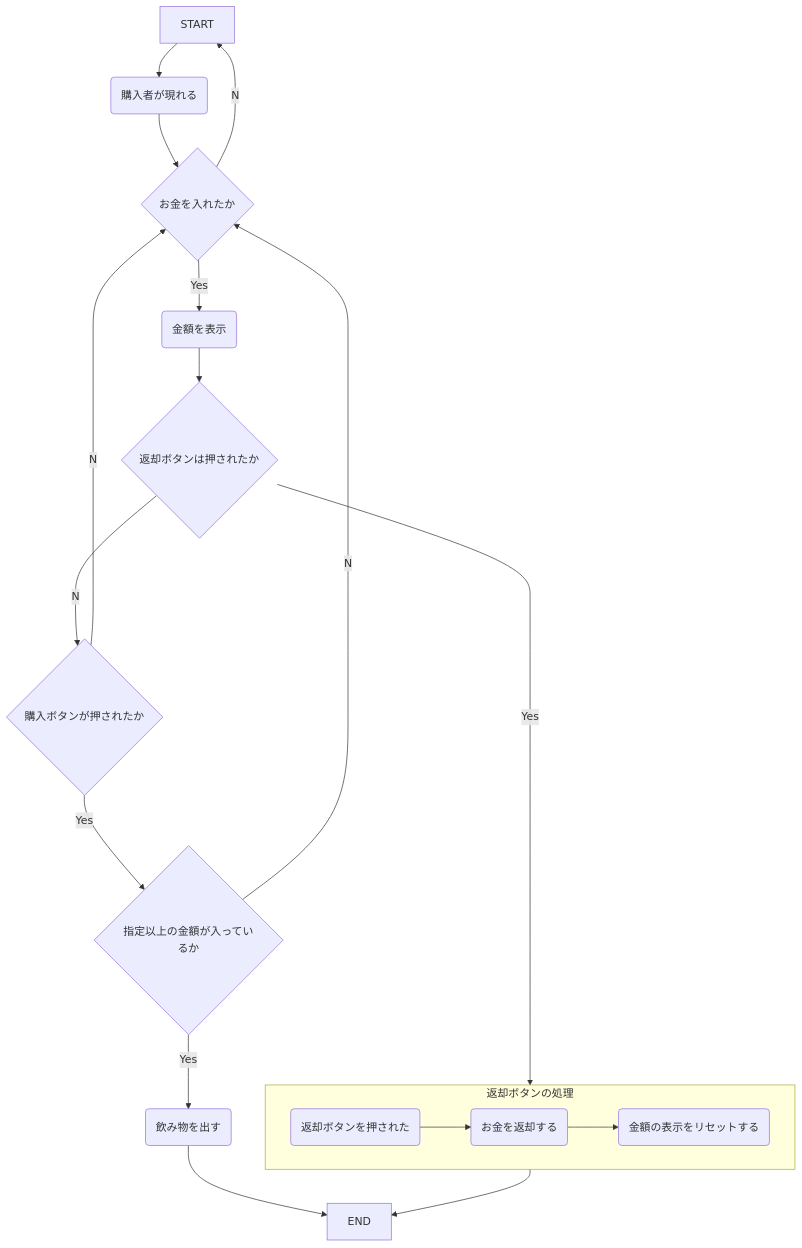
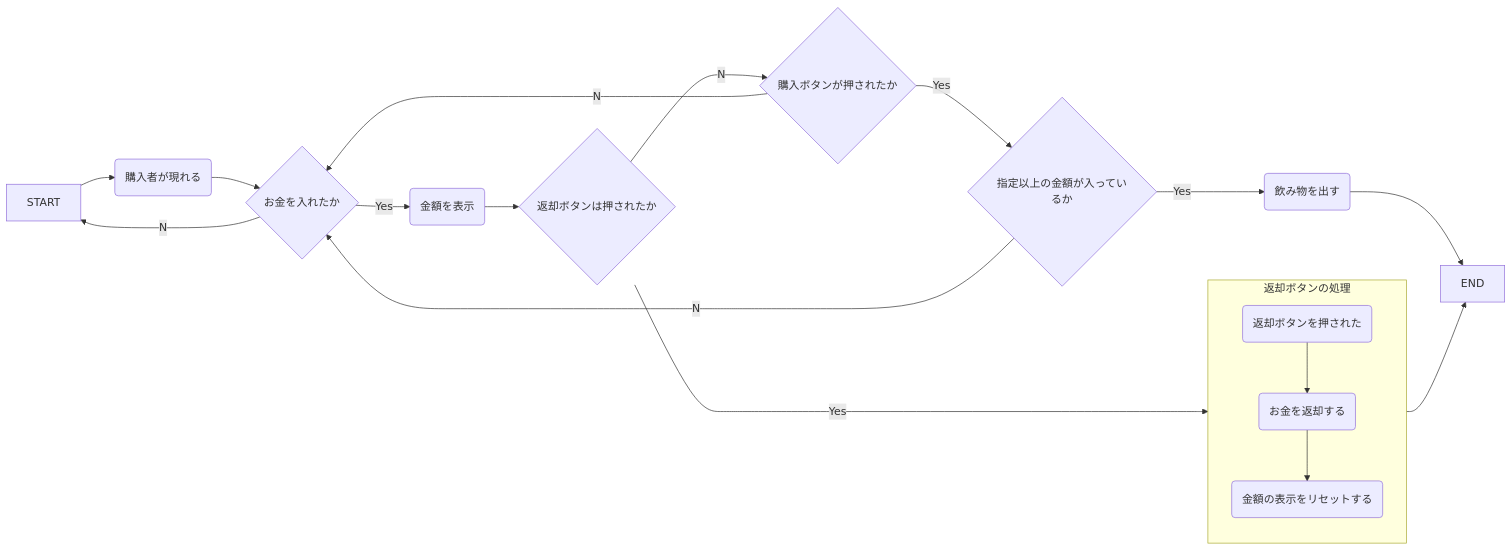
The diagram in README.md (tpu-game-2022/mermaid_test), drawn with Mermaid before and after one commit.

Commit message:
フローチャートを変更した

````diff
--- a/README.md
+++ b/README.md
@@ -20,20 +20,20 @@
 ```mermaid
-flowchart TB
+flowchart LR
   START-->A(購入者が現れる)
   A(購入者が現れる)-->B{お金を入れたか}
   B--Yes-->C(金額を表示)
   B--No-->START
   C-->D{返却ボタンは押されたか}
   D--Yes-->返却ボタンの処理
   D--No-->E{購入ボタンが押されたか}
     subgraph 返却ボタンの処理
-    direction LR
+    direction TB
       D1(返却ボタンを押された)-->D2(お金を返却する)-->D3(金額の表示をリセットする)
     end
   返却ボタンの処理-->END
   E{購入ボタンが押されたか}--Yes-->F{指定以上の金額が入っているか}
   E--No-->B
   F--Yes-->G(飲み物を出す)
   F--No-->B
   G-->END
 ```
````
